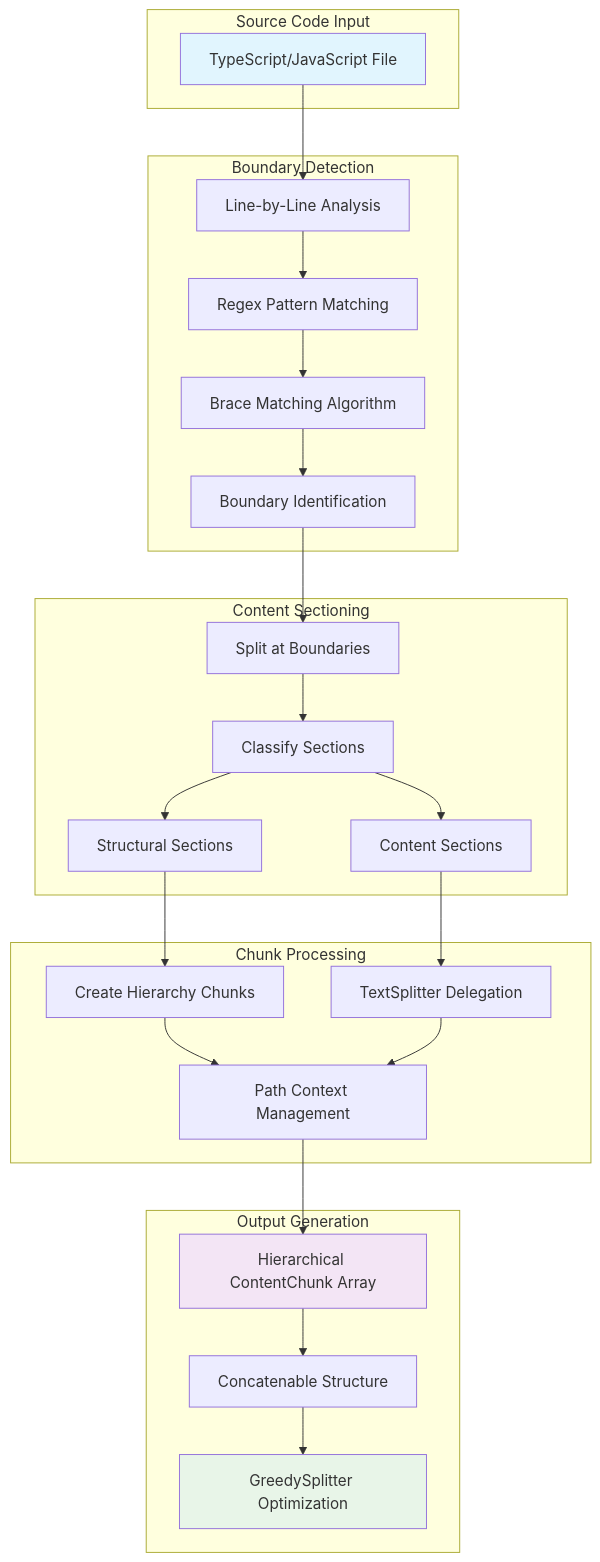
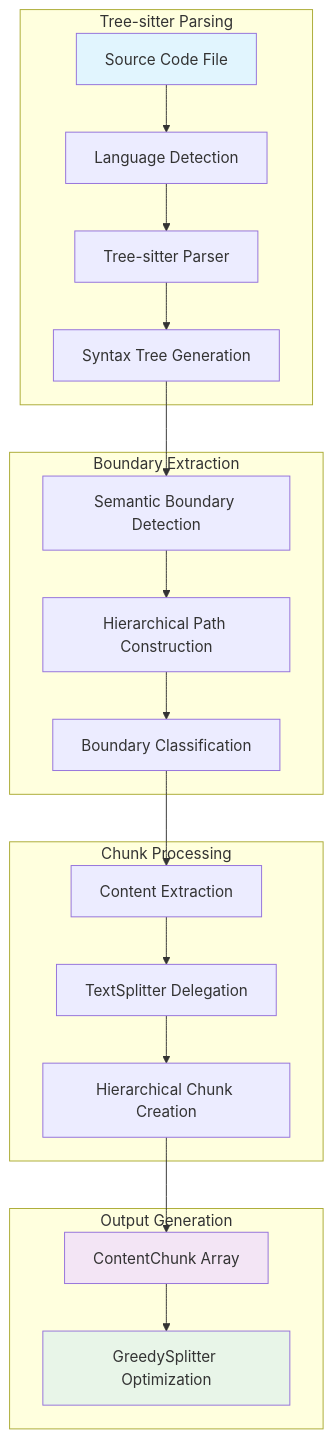
The first of 6 diagrams in docs/source-code-splitter.md (arabold/docs-mcp-server), drawn with Mermaid before and after one commit. The commit also changed other lines of this file and 2 other files, not shown here.

Commit message:
docs(splitter): enhance Source Code Splitter documentation and clarify chunking strategy

````diff
--- a/docs/source-code-splitter.md
+++ b/docs/source-code-splitter.md
@@ -29,52 +29,42 @@
 ```mermaid
 graph TD
-    subgraph "Source Code Input"
-        A[TypeScript/JavaScript File]
+    subgraph "Tree-sitter Parsing"
+        A[Source Code File]
+        B[Language Detection]
+        C[Tree-sitter Parser]
+        D[Syntax Tree Generation]
     end
 
-    subgraph "Boundary Detection"
-        B[Line-by-Line Analysis]
-        C[Regex Pattern Matching]
-        D[Brace Matching Algorithm]
-        E[Boundary Identification]
-    end
-
-    subgraph "Content Sectioning"
-        F[Split at Boundaries]
-        G[Classify Sections]
-        H[Structural Sections]
-        I[Content Sections]
+    subgraph "Boundary Extraction"
+        E[Semantic Boundary Detection]
+        F[Hierarchical Path Construction]
+        G[Boundary Classification]
     end
 
     subgraph "Chunk Processing"
-        J[Create Hierarchy Chunks]
-        K[TextSplitter Delegation]
-        L[Path Context Management]
+        H[Content Extraction]
+        I[TextSplitter Delegation]
+        J[Hierarchical Chunk Creation]
     end
 
     subgraph "Output Generation"
-        M[Hierarchical ContentChunk Array]
-        N[Concatenable Structure]
-        O[GreedySplitter Optimization]
+        K[ContentChunk Array]
+        L[GreedySplitter Optimization]
     end
 
     A --> B
     B --> C
     C --> D
     D --> E
     E --> F
     F --> G
     G --> H
-    G --> I
-    H --> J
-    I --> K
-    J --> L
+    H --> I
+    I --> J
+    J --> K
     K --> L
-    L --> M
-    M --> N
-    N --> O
 
     style A fill:#e1f5fe
-    style M fill:#f3e5f5
-    style O fill:#e8f5e8
+    style K fill:#f3e5f5
+    style L fill:#e8f5e8
 ```
````
